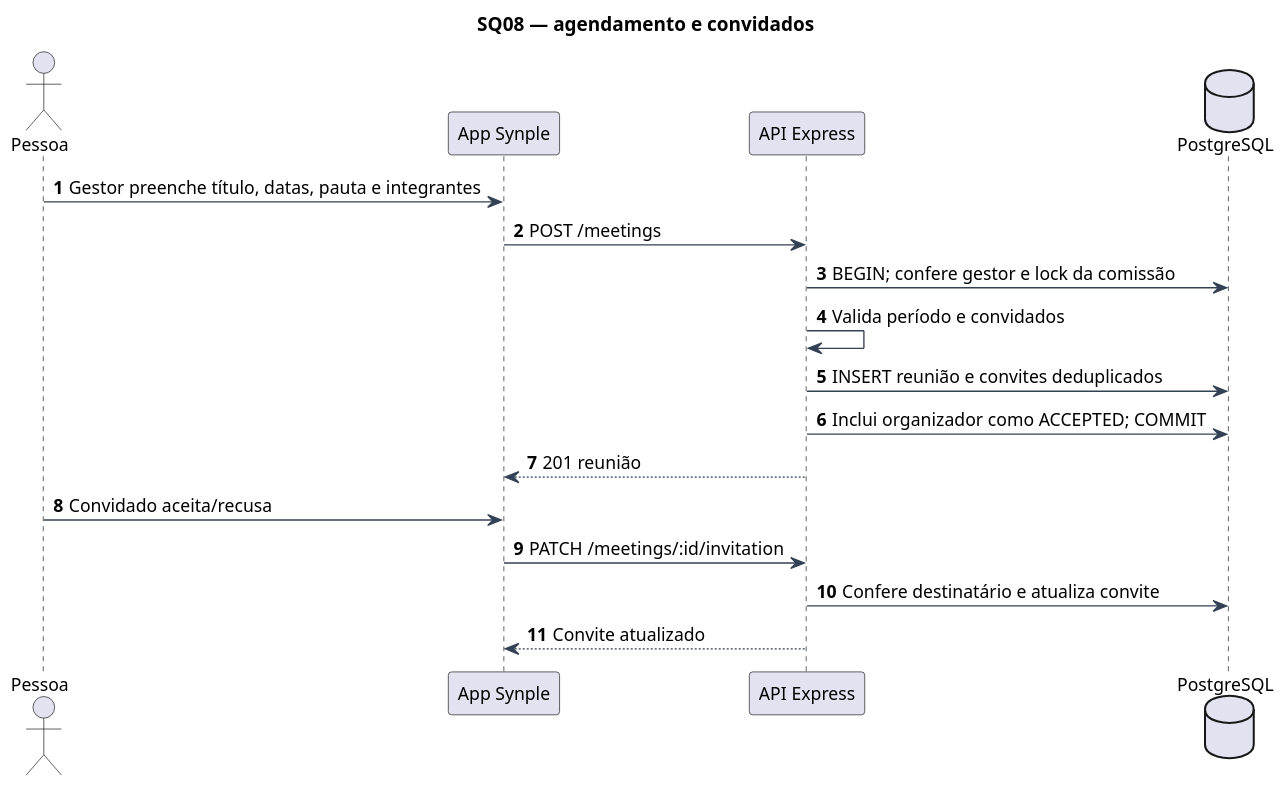
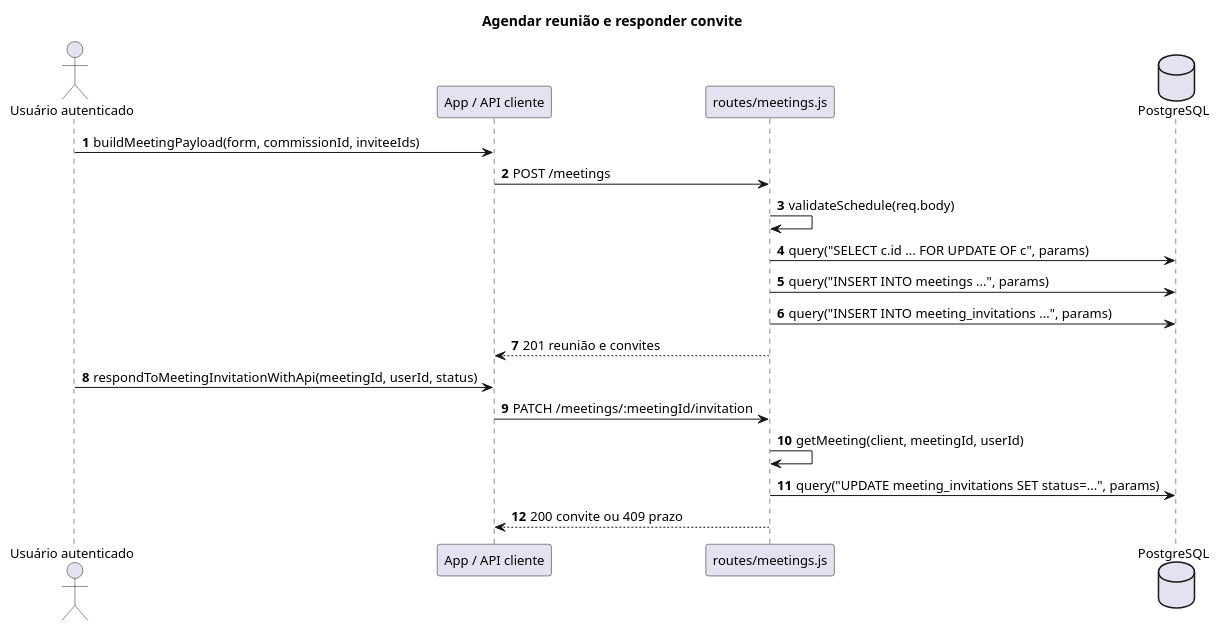
One commit to skzun/BRTPDS2 changed the diagram in docs/Diagramas/fontes/seq-agendamento.puml. Above: the diagram before and after it, drawn with PlantUML. The commit also changed 2205 other files, not shown here.

```diff
--- a/docs/Diagramas/fontes/seq-agendamento.puml
+++ b/docs/Diagramas/fontes/seq-agendamento.puml
@@ -1,29 +1,23 @@
 @startuml
 !pragma layout smetana
-skinparam backgroundColor white
 skinparam shadowing false
-skinparam defaultFontName SansSerif
 skinparam defaultFontSize 13
-skinparam ArrowColor #334155
-skinparam packageStyle rectangle
-skinparam classAttributeIconSize 0
-skinparam roundcorner 5
-skinparam dpi 130
-title SQ08 — agendamento e convidados
+title Agendar reunião e responder convite
 autonumber
-actor Pessoa
-participant "App Synple" as App
-participant "API Express" as API
+actor "Usuário autenticado" as U
+participant "App / API cliente" as App
+participant "routes/meetings.js" as API
 database PostgreSQL as DB
-Pessoa -> App : Gestor preenche título, datas, pauta e integrantes
-App -> API : POST /meetings
-API -> DB : BEGIN; confere gestor e lock da comissão
-API -> API : Valida período e convidados
-API -> DB : INSERT reunião e convites deduplicados
-API -> DB : Inclui organizador como ACCEPTED; COMMIT
-API --> App : 201 reunião
-Pessoa -> App : Convidado aceita/recusa
-App -> API : PATCH /meetings/:id/invitation
-API -> DB : Confere destinatário e atualiza convite
-API --> App : Convite atualizado
+U -> App: buildMeetingPayload(form, commissionId, inviteeIds)
+App -> API: POST /meetings
+API -> API: validateSchedule(req.body)
+API -> DB: query("SELECT c.id ... FOR UPDATE OF c", params)
+API -> DB: query("INSERT INTO meetings ...", params)
+API -> DB: query("INSERT INTO meeting_invitations ...", params)
+API --> App: 201 reunião e convites
+U -> App: respondToMeetingInvitationWithApi(meetingId, userId, status)
+App -> API: PATCH /meetings/:meetingId/invitation
+API -> API: getMeeting(client, meetingId, userId)
+API -> DB: query("UPDATE meeting_invitations SET status=...", params)
+API --> App: 200 convite ou 409 prazo
 @enduml
```
